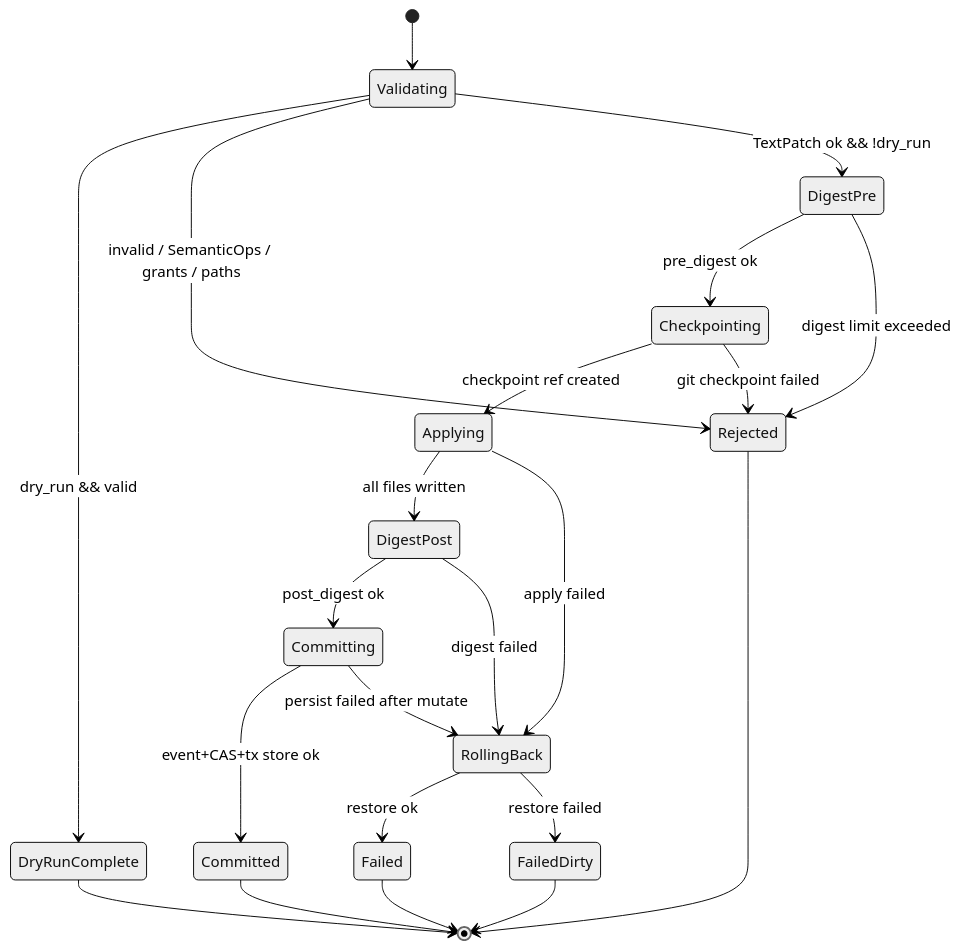
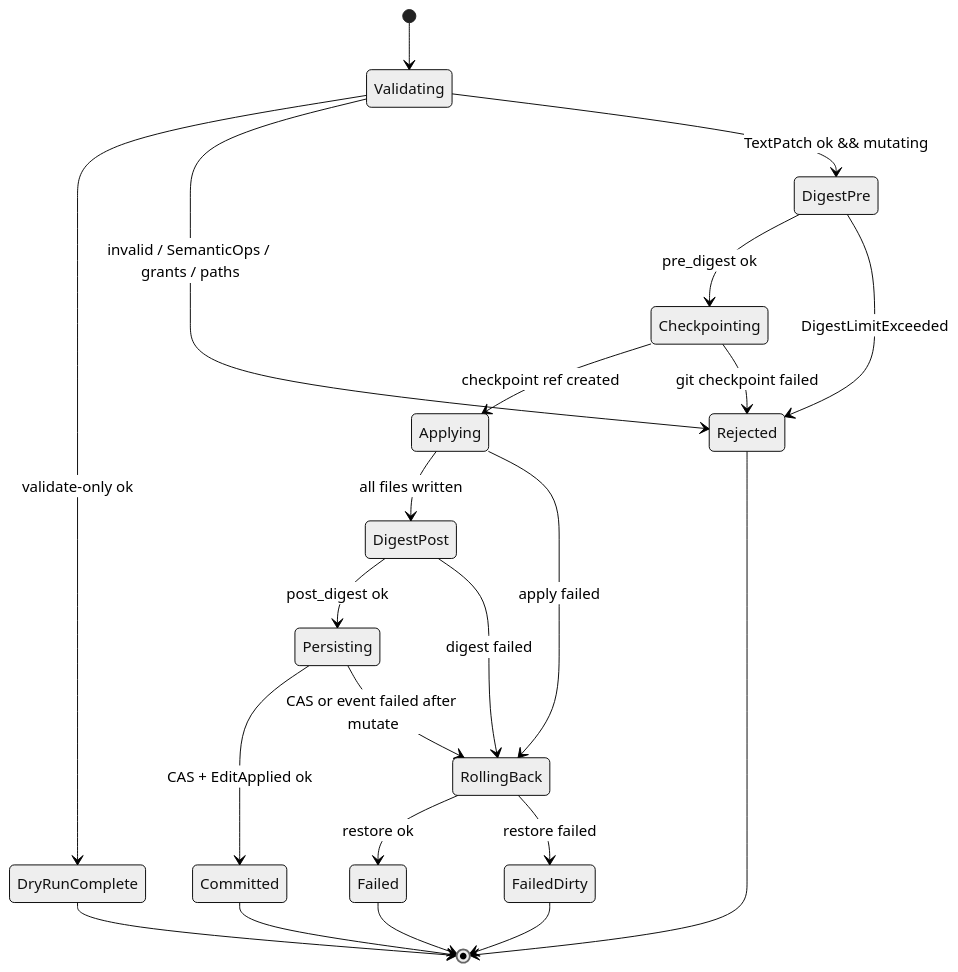
Before and after one commit to arkadianet/Alloy: the first of 3 diagrams in docs/rfcs/RFC-0008-edit-engine.md, drawn with Mermaid (neutral theme). The commit also changed other lines of this file, not shown here.

````diff
--- a/docs/rfcs/RFC-0008-edit-engine.md
+++ b/docs/rfcs/RFC-0008-edit-engine.md
@@ -678,24 +945,24 @@
 ```mermaid
 stateDiagram-v2
   [*] --> Validating
-  Validating --> DryRunComplete: dry_run && valid
+  Validating --> DryRunComplete: validate-only ok
   Validating --> Rejected: invalid / SemanticOps / grants / paths
-  Validating --> DigestPre: TextPatch ok && !dry_run
+  Validating --> DigestPre: TextPatch ok && mutating
   DigestPre --> Checkpointing: pre_digest ok
-  DigestPre --> Rejected: digest limit exceeded
+  DigestPre --> Rejected: DigestLimitExceeded
   Checkpointing --> Applying: checkpoint ref created
   Checkpointing --> Rejected: git checkpoint failed
   Applying --> DigestPost: all files written
   Applying --> RollingBack: apply failed
-  DigestPost --> Committing: post_digest ok
+  DigestPost --> Persisting: post_digest ok
   DigestPost --> RollingBack: digest failed
-  Committing --> Committed: event+CAS+tx store ok
-  Committing --> RollingBack: persist failed after mutate
+  Persisting --> Committed: CAS + EditApplied ok
+  Persisting --> RollingBack: CAS or event failed after mutate
   RollingBack --> Failed: restore ok
   RollingBack --> FailedDirty: restore failed
   DryRunComplete --> [*]
   Committed --> [*]
   Rejected --> [*]
   Failed --> [*]
   FailedDirty --> [*]
 ```
````
